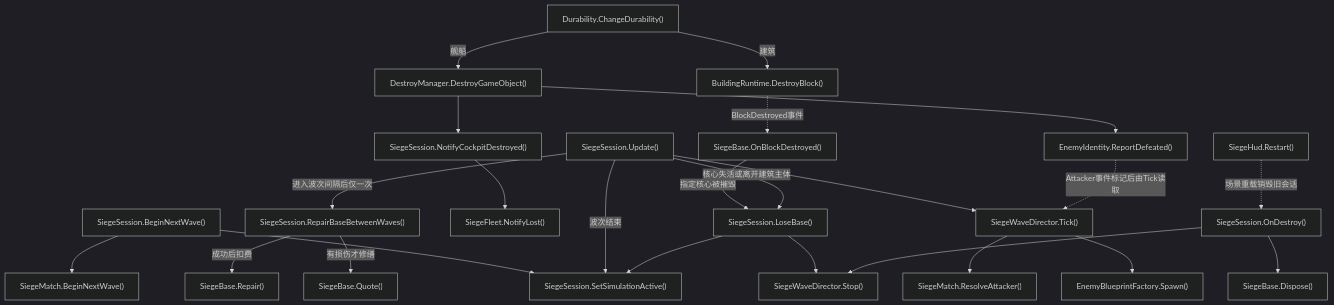
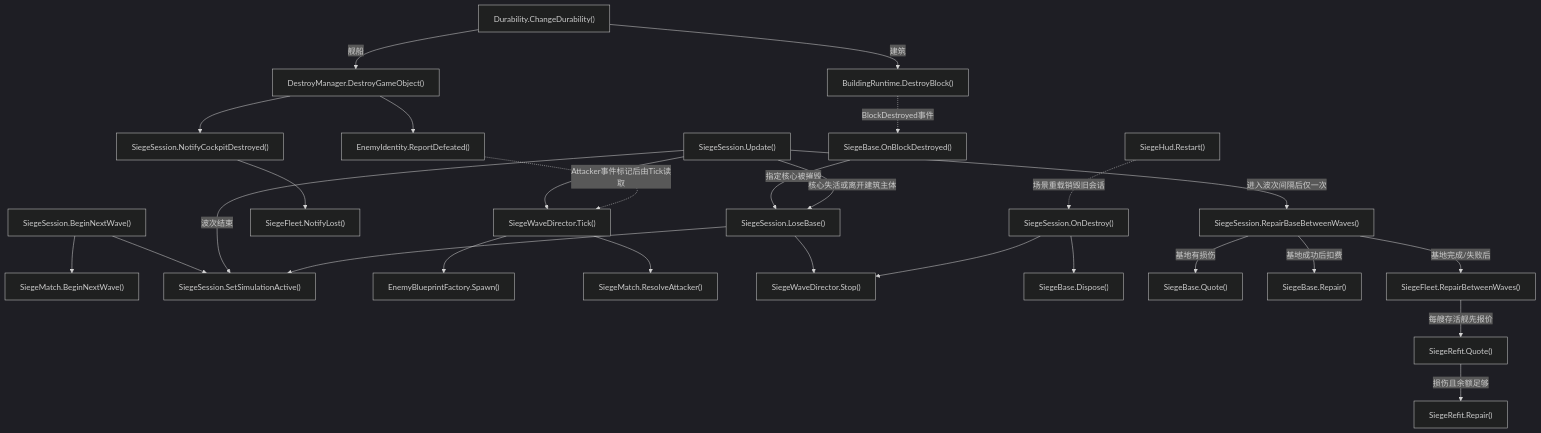
One commit to kukudia/HY-Sandbox changed diagram 35 of 41 in Docs/RuntimeFlow.md. Above: the diagram before and after it, drawn with Mermaid (dark theme). The commit also changed other lines of this file and 9 other files, not shown here.

````diff
--- a/Docs/RuntimeFlow.md
+++ b/Docs/RuntimeFlow.md
@@ -3269,70 +3269,79 @@
 ```mermaid
 flowchart TD
     A["SiegeSession.BeginNextWave()"]
-    click A "../Assets/Scripts/Features/Siege/SiegeSession.cs#L139" "打开源码"
+    click A "../Assets/Scripts/Features/Siege/SiegeSession.cs#L158" "打开源码"
     B["SiegeMatch.BeginNextWave()"]
-    click B "../Assets/Scripts/Features/Siege/SiegeMatch.cs#L66" "打开源码"
+    click B "../Assets/Scripts/Features/Siege/SiegeMatch.cs#L68" "打开源码"
     C["SiegeSession.SetSimulationActive()"]
-    click C "../Assets/Scripts/Features/Siege/SiegeSession.cs#L266" "打开源码"
+    click C "../Assets/Scripts/Features/Siege/SiegeSession.cs#L299" "打开源码"
     D["SiegeSession.Update()"]
-    click D "../Assets/Scripts/Features/Siege/SiegeSession.cs#L215" "打开源码"
+    click D "../Assets/Scripts/Features/Siege/SiegeSession.cs#L234" "打开源码"
     E["SiegeWaveDirector.Tick()"]
     click E "../Assets/Scripts/Features/Siege/SiegeWaveDirector.cs#L19" "打开源码"
     F["EnemyBlueprintFactory.Spawn()"]
     click F "../Assets/Scripts/Features/Combat/EnemyBlueprintFactory.cs#L12" "打开源码"
     G["EnemyIdentity.ReportDefeated()"]
     click G "../Assets/Scripts/Features/Combat/EnemyIdentity.cs#L9" "打开源码"
     H["SiegeMatch.ResolveAttacker()"]
-    click H "../Assets/Scripts/Features/Siege/SiegeMatch.cs#L96" "打开源码"
+    click H "../Assets/Scripts/Features/Siege/SiegeMatch.cs#L98" "打开源码"
     I["Durability.ChangeDurability()"]
     click I "../Assets/Scripts/Features/Combat/Durability.cs#L128" "打开源码"
     J["DestroyManager.DestroyGameObject()"]
     click J "../Assets/Scripts/Features/Combat/DestroyManager.cs#L32" "打开源码"
     K["SiegeSession.NotifyCockpitDestroyed()"]
-    click K "../Assets/Scripts/Features/Siege/SiegeSession.cs#L210" "打开源码"
+    click K "../Assets/Scripts/Features/Siege/SiegeSession.cs#L229" "打开源码"
     L["SiegeFleet.NotifyLost()"]
-    click L "../Assets/Scripts/Features/Siege/SiegeFleet.cs#L179" "打开源码"
+    click L "../Assets/Scripts/Features/Siege/SiegeFleet.cs#L219" "打开源码"
     M["SiegeSession.LoseBase()"]
-    click M "../Assets/Scripts/Features/Siege/SiegeSession.cs#L196" "打开源码"
+    click M "../Assets/Scripts/Features/Siege/SiegeSession.cs#L215" "打开源码"
     N["SiegeSession.OnDestroy()"]
-    click N "../Assets/Scripts/Features/Siege/SiegeSession.cs#L259" "打开源码"
+    click N "../Assets/Scripts/Features/Siege/SiegeSession.cs#L292" "打开源码"
     O["SiegeWaveDirector.Stop()"]
     click O "../Assets/Scripts/Features/Siege/SiegeWaveDirector.cs#L75" "打开源码"
     P["SiegeHud.Restart()"]
-    click P "../Assets/Scripts/Features/Siege/SiegeHud.cs#L220" "打开源码"
+    click P "../Assets/Scripts/Features/Siege/SiegeHud.cs#L221" "打开源码"
     Q["BuildingRuntime.DestroyBlock()"]
     click Q "../Assets/Scripts/Features/World/BuildingRuntime.cs#L242" "打开源码"
     R["SiegeBase.OnBlockDestroyed()"]
     click R "../Assets/Scripts/Features/Siege/SiegeBase.cs#L123" "打开源码"
     S["SiegeBase.Dispose()"]
     click S "../Assets/Scripts/Features/Siege/SiegeBase.cs#L131" "打开源码"
     T["SiegeSession.RepairBaseBetweenWaves()"]
-    click T "../Assets/Scripts/Features/Siege/SiegeSession.cs#L248" "打开源码"
+    click T "../Assets/Scripts/Features/Siege/SiegeSession.cs#L267" "打开源码"
     U["SiegeBase.Quote()"]
     click U "../Assets/Scripts/Features/Siege/SiegeBase.cs#L70" "打开源码"
     V["SiegeBase.Repair()"]
     click V "../Assets/Scripts/Features/Siege/SiegeBase.cs#L98" "打开源码"
+    W["SiegeFleet.RepairBetweenWaves()"]
+    click W "../Assets/Scripts/Features/Siege/SiegeFleet.cs#L153" "打开源码"
+    X["SiegeRefit.Quote()"]
+    click X "../Assets/Scripts/Features/Siege/SiegeRefit.cs#L83" "打开源码"
+    Y["SiegeRefit.Repair()"]
+    click Y "../Assets/Scripts/Features/Siege/SiegeRefit.cs#L115" "打开源码"
     A --> B
     A --> C
     D --> E
     E --> F
     E --> H
     G -.->|Attacker事件标记后由Tick读取| E
     D -->|波次结束| C
     D -->|进入波次间隔后仅一次| T
-    T -->|有损伤才修缮| U
-    T -->|成功后扣费| V
+    T -->|基地有损伤| U
+    T -->|基地成功后扣费| V
+    T -->|基地完成/失败后| W
+    W -->|每艘存活舰先报价| X
+    X -->|损伤且余额足够| Y
     I -->|舰船| J
     J --> G
     J --> K
     K --> L
     I -->|建筑| Q
     Q -.->|BlockDestroyed事件| R
     R -->|指定核心被摧毁| M
     D -->|核心失活或离开建筑主体| M
     N --> S
     M --> C
     M --> O
     N --> O
     P -.->|场景重载销毁旧会话| N
 ```
````
